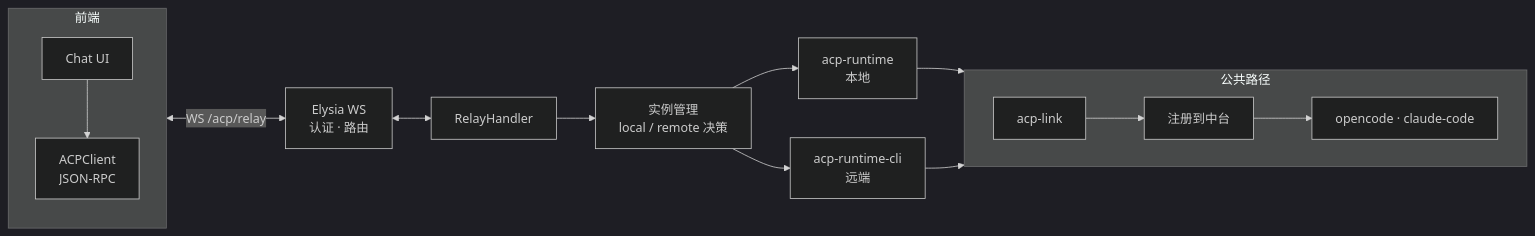
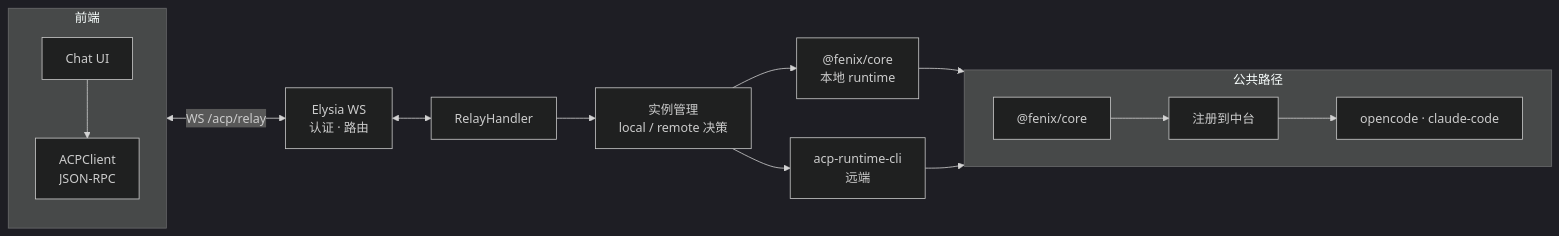
The fourth of 4 diagrams in docs/arch/tech-stack-overview.md (HuangPuStar/FenixAgent), drawn with Mermaid (dark theme) before and after one commit. The commit also changed other lines of this file and 5 other files, not shown here.

First line of the commit message:
docs(arch): acp-link 概念收缩 + Agent 界面重写 + 资源注入

````diff
--- a/docs/arch/tech-stack-overview.md
+++ b/docs/arch/tech-stack-overview.md
@@ -138,17 +138,17 @@
 ```mermaid
 flowchart LR
     subgraph FE["前端"]
         UI["Chat UI"] --> ACP["ACPClient<br/>JSON-RPC"]
     end
     FE <-->|"WS /acp/relay"| EP["Elysia WS<br/>认证 · 路由"]
     EP <--> RH["RelayHandler"]
     RH --> IS["实例管理<br/>local / remote 决策"]
-    IS --> LOCAL["acp-runtime<br/>本地"]
+    IS --> LOCAL["@fenix/core<br/>本地 runtime"]
     IS --> REMOTE["acp-runtime-cli<br/>远端"]
     LOCAL --> SHARED
     REMOTE --> SHARED
     subgraph SHARED["公共路径"]
         direction LR
-        AL["acp-link"] --> REG["注册到中台"] --> ENG["opencode · claude-code"]
+        CORE["@fenix/core"] --> REG["注册到中台"] --> ENG["opencode · claude-code"]
     end
 ```
````
